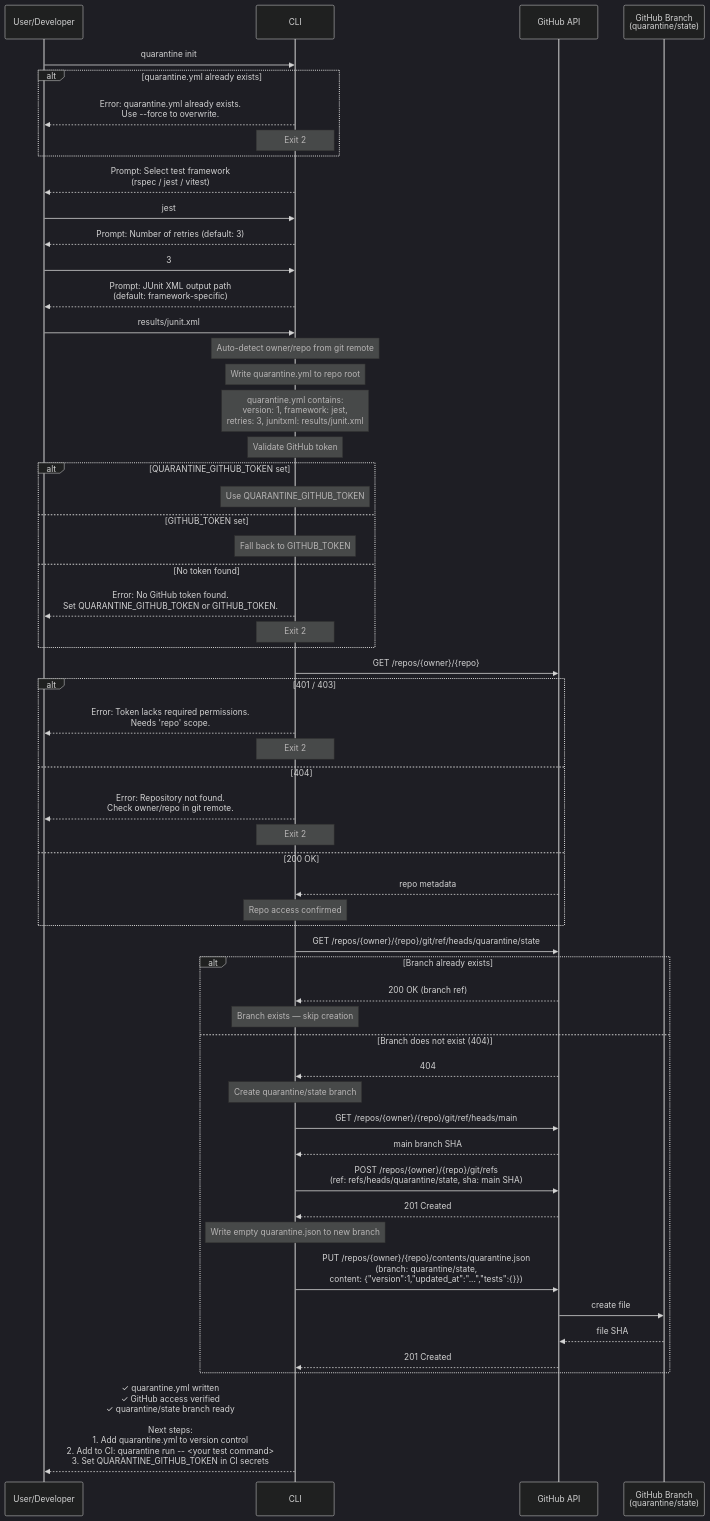
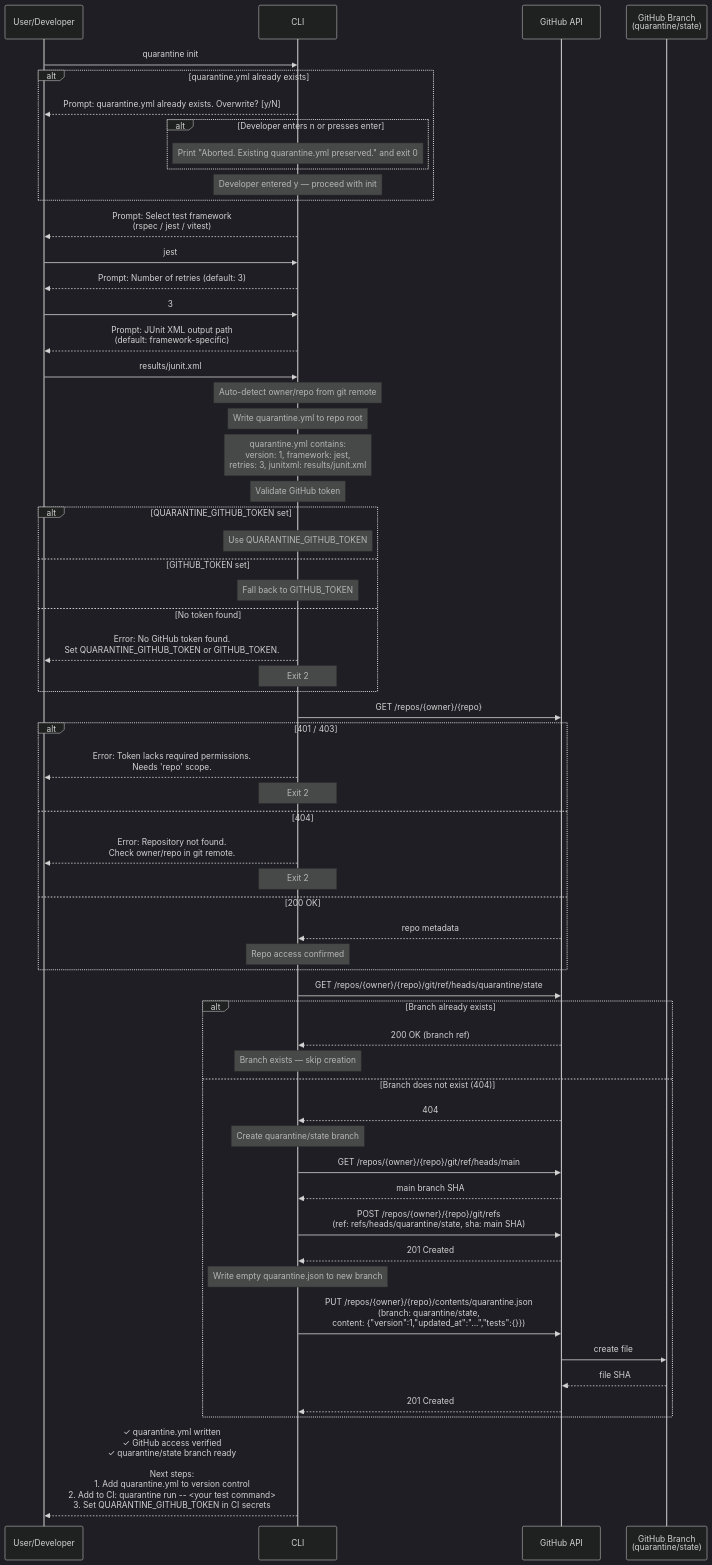
One commit to mycargus/quarantine changed the eighth of 8 diagrams in docs/specs/sequence-diagrams.md. Above: the diagram before and after it, drawn with Mermaid (dark theme). The commit also changed 5 other files, not shown here.

````diff
--- a/docs/specs/sequence-diagrams.md
+++ b/docs/specs/sequence-diagrams.md
@@ -390,75 +390,78 @@
 ```mermaid
 sequenceDiagram
     participant Dev as User/Developer
     participant CLI
     participant API as GitHub API
     participant Branch as GitHub Branch<br>(quarantine/state)
 
     Dev->>CLI: quarantine init
 
     alt quarantine.yml already exists
-        CLI-->>Dev: Error: quarantine.yml already exists.<br>Use --force to overwrite.
-        Note over CLI: Exit 2
+        CLI-->>Dev: Prompt: quarantine.yml already exists. Overwrite? [y/N]
+        alt Developer enters n or presses enter
+            Note over CLI: Print "Aborted. Existing quarantine.yml preserved." and exit 0
+        end
+        Note over CLI: Developer entered y — proceed with init
     end
 
     CLI-->>Dev: Prompt: Select test framework<br>(rspec / jest / vitest)
     Dev->>CLI: jest
 
     CLI-->>Dev: Prompt: Number of retries (default: 3)
     Dev->>CLI: 3
 
     CLI-->>Dev: Prompt: JUnit XML output path<br>(default: framework-specific)
     Dev->>CLI: results/junit.xml
 
     Note over CLI: Auto-detect owner/repo from git remote
 
     Note over CLI: Write quarantine.yml to repo root
     Note over CLI: quarantine.yml contains:<br>version: 1, framework: jest,<br>retries: 3, junitxml: results/junit.xml
 
     Note over CLI: Validate GitHub token
     alt QUARANTINE_GITHUB_TOKEN set
         Note over CLI: Use QUARANTINE_GITHUB_TOKEN
     else GITHUB_TOKEN set
         Note over CLI: Fall back to GITHUB_TOKEN
     else No token found
         CLI-->>Dev: Error: No GitHub token found.<br>Set QUARANTINE_GITHUB_TOKEN or GITHUB_TOKEN.
         Note over CLI: Exit 2
     end
 
     CLI->>API: GET /repos/{owner}/{repo}
     alt 401 / 403
         CLI-->>Dev: Error: Token lacks required permissions.<br>Needs 'repo' scope.
         Note over CLI: Exit 2
     else 404
         CLI-->>Dev: Error: Repository not found.<br>Check owner/repo in git remote.
         Note over CLI: Exit 2
     else 200 OK
         API-->>CLI: repo metadata
         Note over CLI: Repo access confirmed
     end
 
     CLI->>API: GET /repos/{owner}/{repo}/git/ref/heads/quarantine/state
 
     alt Branch already exists
         API-->>CLI: 200 OK (branch ref)
         Note over CLI: Branch exists — skip creation
     else Branch does not exist (404)
         API-->>CLI: 404
 
         Note over CLI: Create quarantine/state branch
 
         CLI->>API: GET /repos/{owner}/{repo}/git/ref/heads/main
         API-->>CLI: main branch SHA
 
         CLI->>API: POST /repos/{owner}/{repo}/git/refs<br>(ref: refs/heads/quarantine/state, sha: main SHA)
         API-->>CLI: 201 Created
 
         Note over CLI: Write empty quarantine.json to new branch
         CLI->>API: PUT /repos/{owner}/{repo}/contents/quarantine.json<br>(branch: quarantine/state,<br>content: {"version":1,"updated_at":"...","tests":{}})
         API->>Branch: create file
         Branch-->>API: file SHA
         API-->>CLI: 201 Created
     end
 
     CLI-->>Dev: ✓ quarantine.yml written<br>✓ GitHub access verified<br>✓ quarantine/state branch ready<br><br>Next steps:<br>1. Add quarantine.yml to version control<br>2. Add to CI: quarantine run -- <your test command><br>3. Set QUARANTINE_GITHUB_TOKEN in CI secrets
 ```
````
